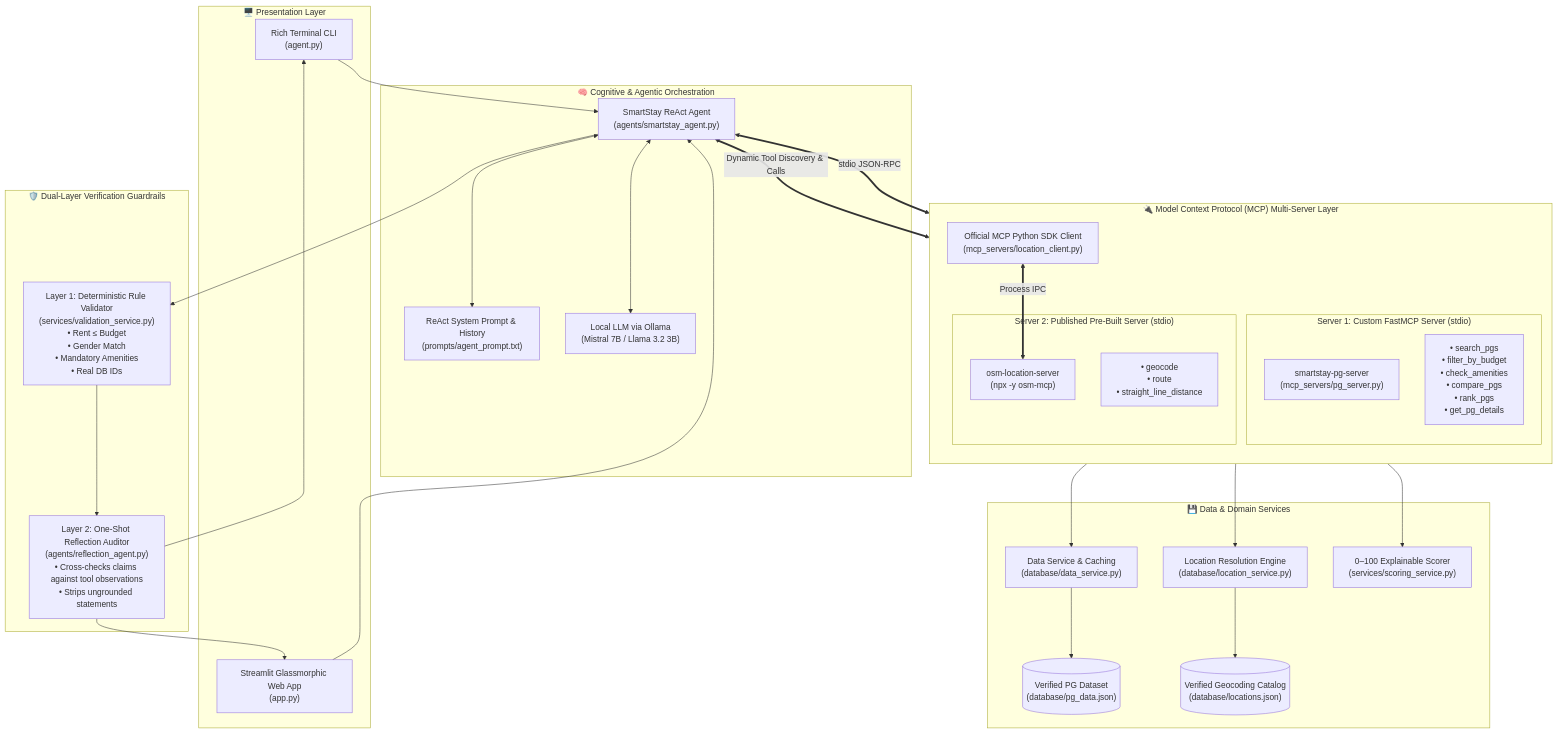
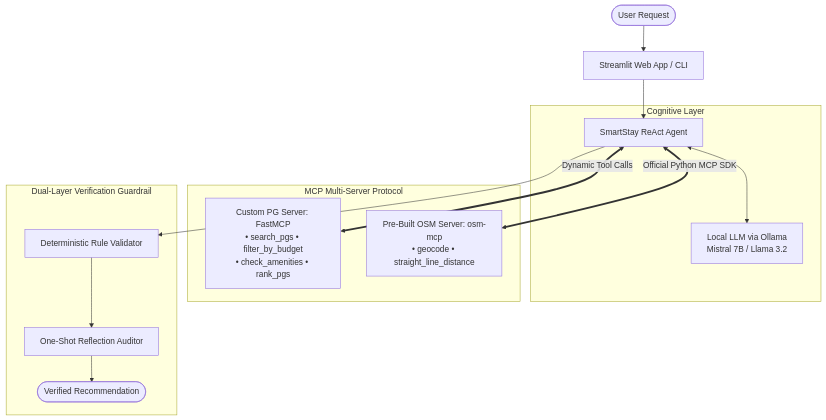
One commit to PS-kavya-patel/SmartStay-AI-PG-Finder changed the first of 2 diagrams in README.md. Above: the diagram before and after it, drawn with Mermaid. The commit also changed other lines of this file, not shown here.

````diff
--- a/README.md
+++ b/README.md
@@ -46,65 +32,20 @@
 ```mermaid
-graph TB
-    subgraph UI_Layer ["🖥️ Presentation Layer"]
-        CLI["Rich Terminal CLI<br/>(agent.py)"]
-        WebUI["Streamlit Glassmorphic Web App<br/>(app.py)"]
+graph TD
+    User([User Request]) --> UI[Streamlit Web App / CLI]
+    UI --> Agent[SmartStay ReAct Agent]
+    
+    subgraph Cognitive Layer
+        Agent <--> LLM[Local LLM via Ollama<br/>Mistral 7B / Llama 3.2]
     end
 
-    subgraph Orchestration_Layer ["🧠 Cognitive & Agentic Orchestration"]
-        Agent["SmartStay ReAct Agent<br/>(agents/smartstay_agent.py)"]
-        PromptEngine["ReAct System Prompt & History<br/>(prompts/agent_prompt.txt)"]
-        LocalLLM["Local LLM via Ollama<br/>(Mistral 7B / Llama 3.2 3B)"]
+    subgraph MCP Multi-Server Protocol
+        Agent <== "Dynamic Tool Calls" ==> MCP_PG[Custom PG Server: FastMCP<br/>• search_pgs • filter_by_budget<br/>• check_amenities • rank_pgs]
+        Agent <== "Official Python MCP SDK" ==> MCP_OSM[Pre-Built OSM Server: osm-mcp<br/>• geocode • straight_line_distance]
     end
 
-    subgraph MCP_Protocol_Layer ["🔌 Model Context Protocol (MCP) Multi-Server Layer"]
-        direction TB
-        subgraph Server1 ["Server 1: Custom FastMCP Server (stdio)"]
-            PGServer["smartstay-pg-server<br/>(mcp_servers/pg_server.py)"]
-            PGTools["• search_pgs<br/>• filter_by_budget<br/>• check_amenities<br/>• compare_pgs<br/>• rank_pgs<br/>• get_pg_details"]
-        end
-        subgraph Server2 ["Server 2: Published Pre-Built Server (stdio)"]
-            OSMServer["osm-location-server<br/>(npx -y osm-mcp)"]
-            OSMTools["• geocode<br/>• route<br/>• straight_line_distance"]
-        end
-        MCPClient["Official MCP Python SDK Client<br/>(mcp_servers/location_client.py)"]
+    subgraph Dual-Layer Verification Guardrail
+        Agent --> Val[Deterministic Rule Validator]
+        Val --> Ref[One-Shot Reflection Auditor]
+        Ref --> Response([Verified Recommendation])
     end
-
-    subgraph Data_Layer ["💾 Data & Domain Services"]
-        PGDB[("Verified PG Dataset<br/>(database/pg_data.json)")]
-        LocCatalog[("Verified Geocoding Catalog<br/>(database/locations.json)")]
-        DataService["Data Service & Caching<br/>(database/data_service.py)"]
-        LocService["Location Resolution Engine<br/>(database/location_service.py)"]
-        ScoringService["0–100 Explainable Scorer<br/>(services/scoring_service.py)"]
-    end
-
-    subgraph Verification_Layer ["🛡️ Dual-Layer Verification Guardrails"]
-        DeterministicVal["Layer 1: Deterministic Rule Validator<br/>(services/validation_service.py)<br/>• Rent ≤ Budget<br/>• Gender Match<br/>• Mandatory Amenities<br/>• Real DB IDs"]
-        ReflectionAuditor["Layer 2: One-Shot Reflection Auditor<br/>(agents/reflection_agent.py)<br/>• Cross-checks claims against tool observations<br/>• Strips ungrounded statements"]
-    end
-
-    %% Presentation to Agent
-    CLI --> Agent
-    WebUI --> Agent
-
-    %% Agent LLM Loop
-    Agent <--> PromptEngine
-    Agent <--> LocalLLM
-
-    %% Agent to MCP Servers
-    Agent <== "Dynamic Tool Discovery & Calls" ==> PGServer
-    Agent <== "stdio JSON-RPC" ==> MCPClient
-    MCPClient <== "Process IPC" ==> OSMServer
-
-    %% MCP to Domain
-    PGServer --> DataService
-    DataService --> PGDB
-    PGServer --> ScoringService
-    MCPClient --> LocService
-    LocService --> LocCatalog
-
-    %% Verification Pipeline
-    Agent --> DeterministicVal
-    DeterministicVal --> ReflectionAuditor
-    ReflectionAuditor --> WebUI
-    ReflectionAuditor --> CLI
 ```
````
